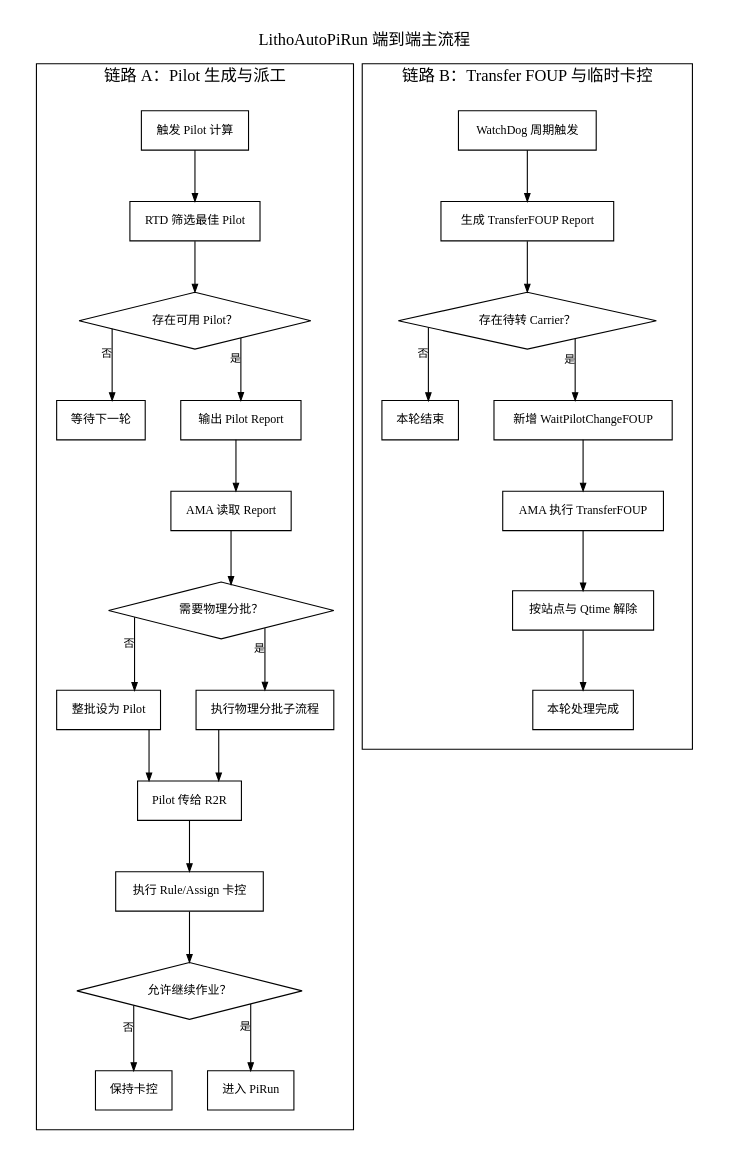
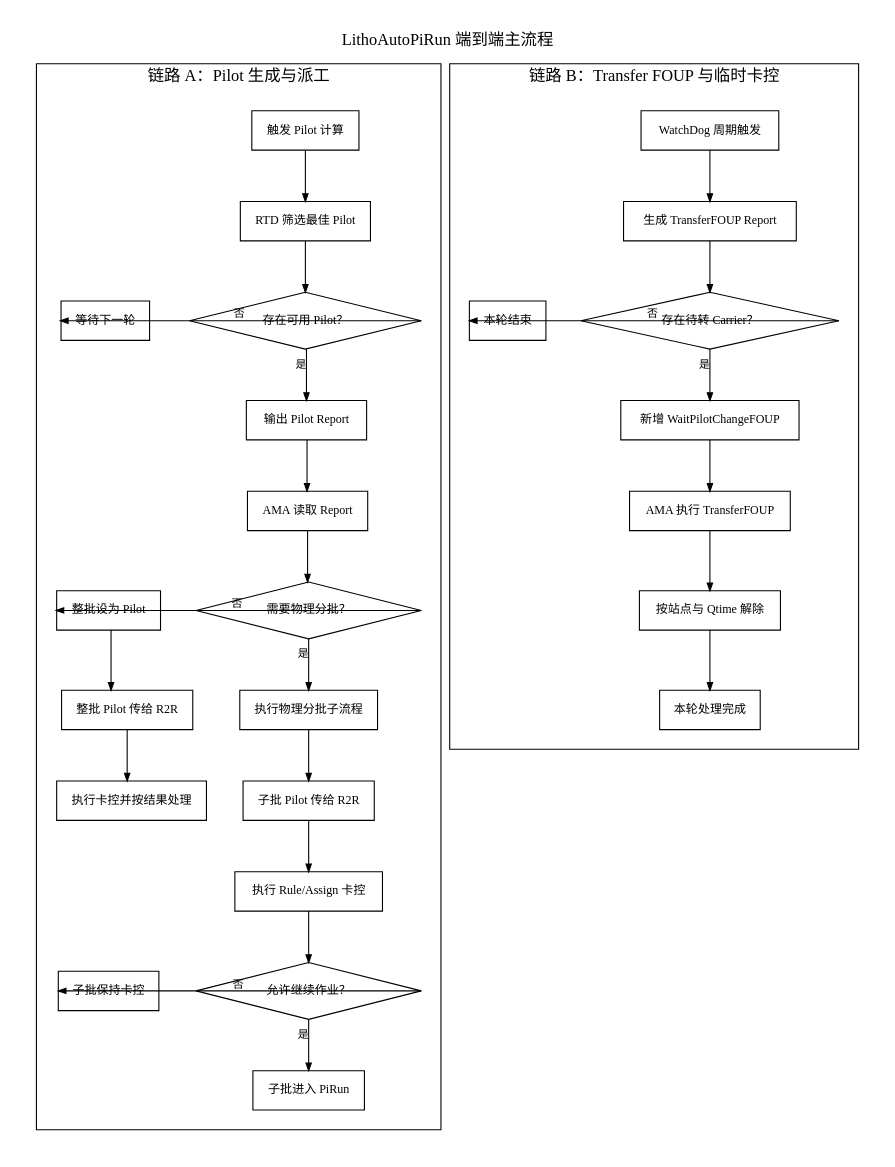
One commit to laanthony06-spec/AI changed the diagram in 00.raw-materials/90.processed/LithoAutoPiRun/流程图/Graphviz优化版/00_LithoAutoPiRun_端到端主流程.dot. Above: the diagram before and after it, drawn with Graphviz. The commit also changed 42 other files, not shown here.

```diff
--- a/00.raw-materials/90.processed/LithoAutoPiRun/流程图/Graphviz优化版/00_LithoAutoPiRun_端到端主流程.dot
+++ b/00.raw-materials/90.processed/LithoAutoPiRun/流程图/Graphviz优化版/00_LithoAutoPiRun_端到端主流程.dot
@@ -1,87 +1,100 @@
 digraph LithoAutoPiRunOverview {
   graph [
     charset="UTF-8",
     rankdir=TB,
     splines=ortho,
     bgcolor="white",
     pad=0.25,
     nodesep=0.45,
     ranksep=0.65,
     newrank=true,
     fontname="Microsoft YaHei",
     fontsize=15,
     labelloc="t",
     label="LithoAutoPiRun 端到端主流程"
   ];
   node [
     shape=box,
     style="solid",
     color="black",
     fontcolor="black",
     fontname="Microsoft YaHei",
     fontsize=11,
     margin="0.16,0.10"
   ];
   edge [
     color="black",
     fontcolor="black",
     fontname="Microsoft YaHei",
     fontsize=10,
     arrowsize=0.7
   ];
 
   subgraph cluster_pilot {
     label="链路 A：Pilot 生成与派工";
     color="black";
     penwidth=1;
     margin=18;
 
     a_start [label="触发 Pilot 计算"];
     a_rtd [label="RTD 筛选最佳 Pilot"];
     a_found [shape=diamond, label="存在可用 Pilot？"];
     a_wait [label="等待下一轮"];
     a_report [label="输出 Pilot Report"];
     a_ama [label="AMA 读取 Report"];
     a_split [shape=diamond, label="需要物理分批？"];
     a_whole [label="整批设为 Pilot"];
     a_phy [label="执行物理分批子流程"];
-    a_r2r [label="Pilot 传给 R2R"];
-    a_control [label="执行 Rule/Assign 卡控"];
-    a_allow [shape=diamond, label="允许继续作业？"];
-    a_hold [label="保持卡控"];
-    a_end [label="进入 PiRun"];
+    a_whole_r2r [label="整批 Pilot 传给 R2R"];
+    a_whole_control [label="执行卡控并按结果处理"];
+    a_phy_r2r [label="子批 Pilot 传给 R2R"];
+    a_phy_control [label="执行 Rule/Assign 卡控"];
+    a_phy_allow [shape=diamond, label="允许继续作业？"];
+    a_phy_hold [label="子批保持卡控"];
+    a_phy_end [label="子批进入 PiRun"];
 
-    a_start -> a_rtd -> a_found;
-    a_found -> a_wait [xlabel="否"];
-    a_found -> a_report [xlabel="是"];
-    a_report -> a_ama -> a_split;
-    a_split -> a_whole [xlabel="否"];
-    a_split -> a_phy [xlabel="是"];
-    a_whole -> a_r2r;
-    a_phy -> a_r2r;
-    a_r2r -> a_control -> a_allow;
-    a_allow -> a_hold [xlabel="否"];
-    a_allow -> a_end [xlabel="是"];
+    a_start:s -> a_rtd:n;
+    a_rtd:s -> a_found:n;
+    { rank=same; a_found; a_wait; }
+    a_found:e -> a_wait:w [xlabel="否", constraint=false];
+    a_found:s -> a_report:n [xlabel="是"];
+    a_report:s -> a_ama:n;
+    a_ama:s -> a_split:n;
+    { rank=same; a_split; a_whole; }
+    a_split:e -> a_whole:w [xlabel="否", constraint=false];
+    a_split:s -> a_phy:n [xlabel="是"];
+    a_whole:s -> a_whole_r2r:n;
+    a_whole_r2r:s -> a_whole_control:n;
+    a_phy:s -> a_phy_r2r:n;
+    a_phy_r2r:s -> a_phy_control:n;
+    a_phy_control:s -> a_phy_allow:n;
+    { rank=same; a_phy_allow; a_phy_hold; }
+    a_phy_allow:e -> a_phy_hold:w [xlabel="否", constraint=false];
+    a_phy_allow:s -> a_phy_end:n [xlabel="是"];
   }
 
   subgraph cluster_foup {
     label="链路 B：Transfer FOUP 与临时卡控";
     color="black";
     penwidth=1;
     margin=18;
 
     b_start [label="WatchDog 周期触发"];
     b_report [label="生成 TransferFOUP Report"];
     b_has [shape=diamond, label="存在待转 Carrier？"];
     b_none [label="本轮结束"];
     b_hold [label="新增 WaitPilotChangeFOUP"];
     b_transfer [label="AMA 执行 TransferFOUP"];
     b_remove [label="按站点与 Qtime 解除"];
     b_end [label="本轮处理完成"];
 
-    b_start -> b_report -> b_has;
-    b_has -> b_none [xlabel="否"];
-    b_has -> b_hold [xlabel="是"];
-    b_hold -> b_transfer -> b_remove -> b_end;
+    b_start:s -> b_report:n;
+    b_report:s -> b_has:n;
+    { rank=same; b_has; b_none; }
+    b_has:e -> b_none:w [xlabel="否", constraint=false];
+    b_has:s -> b_hold:n [xlabel="是"];
+    b_hold:s -> b_transfer:n;
+    b_transfer:s -> b_remove:n;
+    b_remove:s -> b_end:n;
   }
 }
```
